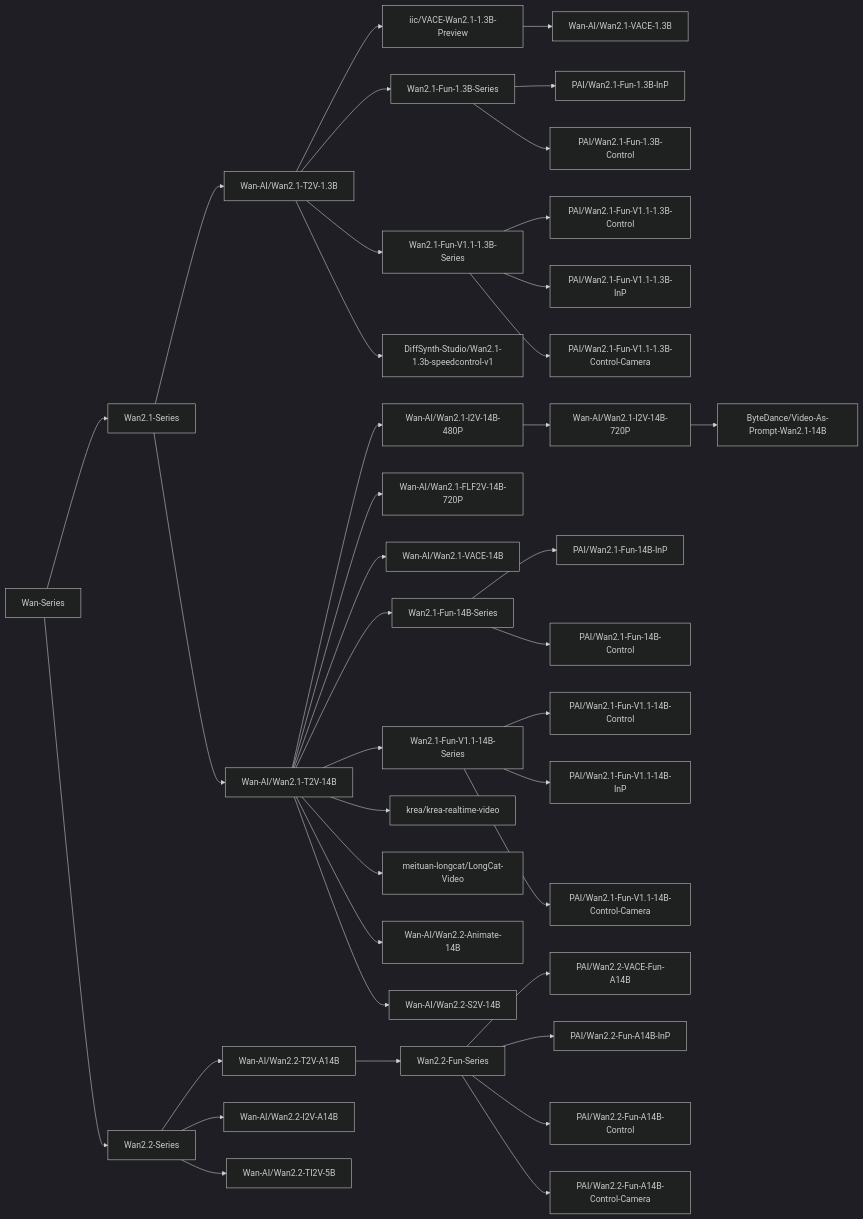
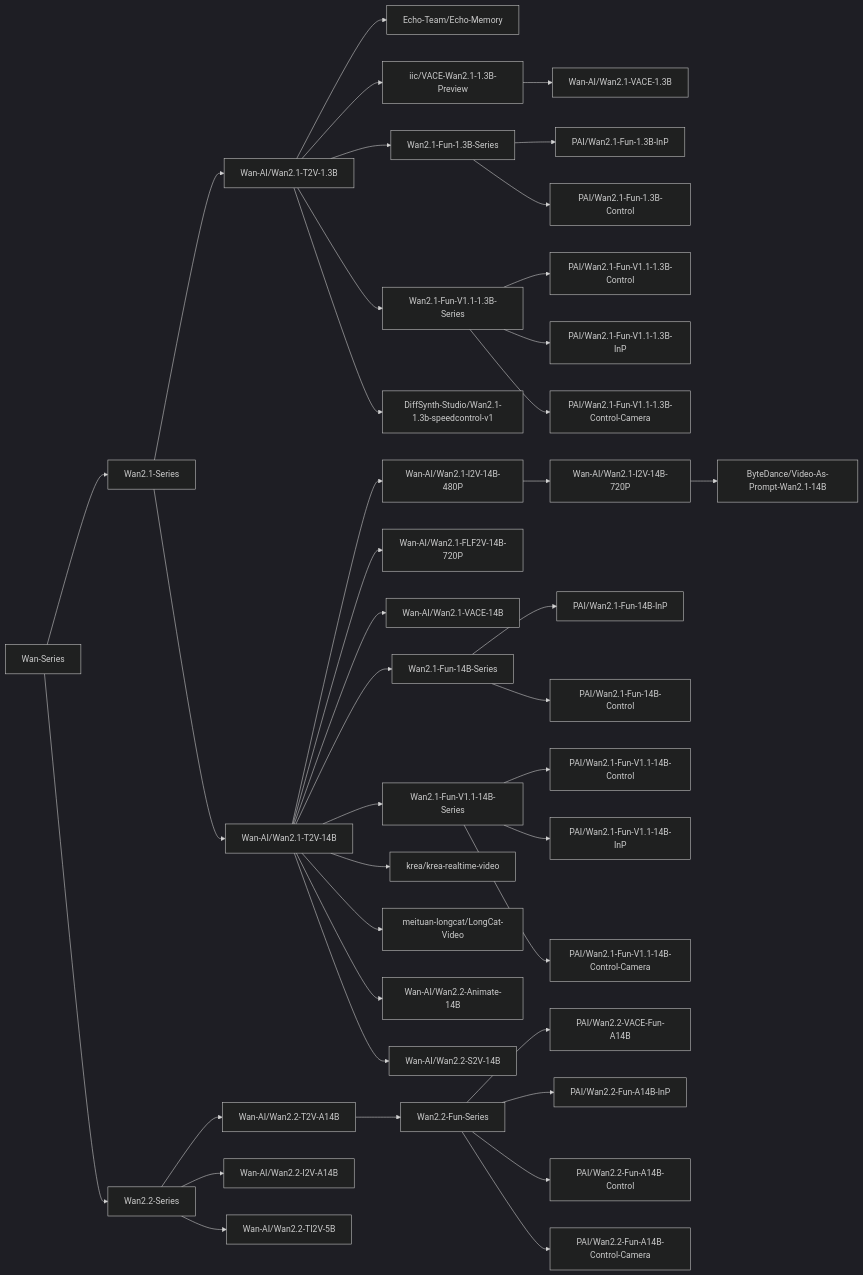
One commit to modelscope/DiffSynth-Studio changed the third of 3 diagrams in README.md. Above: the diagram before and after it, drawn with Mermaid (dark theme). The commit also changed other lines of this file and 14 other files, not shown here.

Commit message:
Polish Echo-Memory Wan video integration

````diff
--- a/README.md
+++ b/README.md
@@ -1366,41 +1367,42 @@
 ```mermaid
 graph LR;
     Wan-Series-->Wan2.1-Series;
     Wan-Series-->Wan2.2-Series;
     Wan2.1-Series-->Wan-AI/Wan2.1-T2V-1.3B;
     Wan2.1-Series-->Wan-AI/Wan2.1-T2V-14B;
     Wan-AI/Wan2.1-T2V-14B-->Wan-AI/Wan2.1-I2V-14B-480P;
     Wan-AI/Wan2.1-I2V-14B-480P-->Wan-AI/Wan2.1-I2V-14B-720P;
     Wan-AI/Wan2.1-T2V-14B-->Wan-AI/Wan2.1-FLF2V-14B-720P;
+    Wan-AI/Wan2.1-T2V-1.3B-->Echo-Team/Echo-Memory;
     Wan-AI/Wan2.1-T2V-1.3B-->iic/VACE-Wan2.1-1.3B-Preview;
     iic/VACE-Wan2.1-1.3B-Preview-->Wan-AI/Wan2.1-VACE-1.3B;
     Wan-AI/Wan2.1-T2V-14B-->Wan-AI/Wan2.1-VACE-14B;
     Wan-AI/Wan2.1-T2V-1.3B-->Wan2.1-Fun-1.3B-Series;
     Wan2.1-Fun-1.3B-Series-->PAI/Wan2.1-Fun-1.3B-InP;
     Wan2.1-Fun-1.3B-Series-->PAI/Wan2.1-Fun-1.3B-Control;
     Wan-AI/Wan2.1-T2V-14B-->Wan2.1-Fun-14B-Series;
     Wan2.1-Fun-14B-Series-->PAI/Wan2.1-Fun-14B-InP;
     Wan2.1-Fun-14B-Series-->PAI/Wan2.1-Fun-14B-Control;
     Wan-AI/Wan2.1-T2V-1.3B-->Wan2.1-Fun-V1.1-1.3B-Series;
     Wan2.1-Fun-V1.1-1.3B-Series-->PAI/Wan2.1-Fun-V1.1-1.3B-Control;
     Wan2.1-Fun-V1.1-1.3B-Series-->PAI/Wan2.1-Fun-V1.1-1.3B-InP;
     Wan2.1-Fun-V1.1-1.3B-Series-->PAI/Wan2.1-Fun-V1.1-1.3B-Control-Camera;
     Wan-AI/Wan2.1-T2V-14B-->Wan2.1-Fun-V1.1-14B-Series;
     Wan2.1-Fun-V1.1-14B-Series-->PAI/Wan2.1-Fun-V1.1-14B-Control;
     Wan2.1-Fun-V1.1-14B-Series-->PAI/Wan2.1-Fun-V1.1-14B-InP;
     Wan2.1-Fun-V1.1-14B-Series-->PAI/Wan2.1-Fun-V1.1-14B-Control-Camera;
     Wan-AI/Wan2.1-T2V-1.3B-->DiffSynth-Studio/Wan2.1-1.3b-speedcontrol-v1;
     Wan-AI/Wan2.1-T2V-14B-->krea/krea-realtime-video;
     Wan-AI/Wan2.1-T2V-14B-->meituan-longcat/LongCat-Video;
     Wan-AI/Wan2.1-I2V-14B-720P-->ByteDance/Video-As-Prompt-Wan2.1-14B;
     Wan-AI/Wan2.1-T2V-14B-->Wan-AI/Wan2.2-Animate-14B;
     Wan-AI/Wan2.1-T2V-14B-->Wan-AI/Wan2.2-S2V-14B;
     Wan2.2-Series-->Wan-AI/Wan2.2-T2V-A14B;
     Wan2.2-Series-->Wan-AI/Wan2.2-I2V-A14B;
     Wan2.2-Series-->Wan-AI/Wan2.2-TI2V-5B;
     Wan-AI/Wan2.2-T2V-A14B-->Wan2.2-Fun-Series;
     Wan2.2-Fun-Series-->PAI/Wan2.2-VACE-Fun-A14B;
     Wan2.2-Fun-Series-->PAI/Wan2.2-Fun-A14B-InP;
     Wan2.2-Fun-Series-->PAI/Wan2.2-Fun-A14B-Control;
     Wan2.2-Fun-Series-->PAI/Wan2.2-Fun-A14B-Control-Camera;
 ```
````
